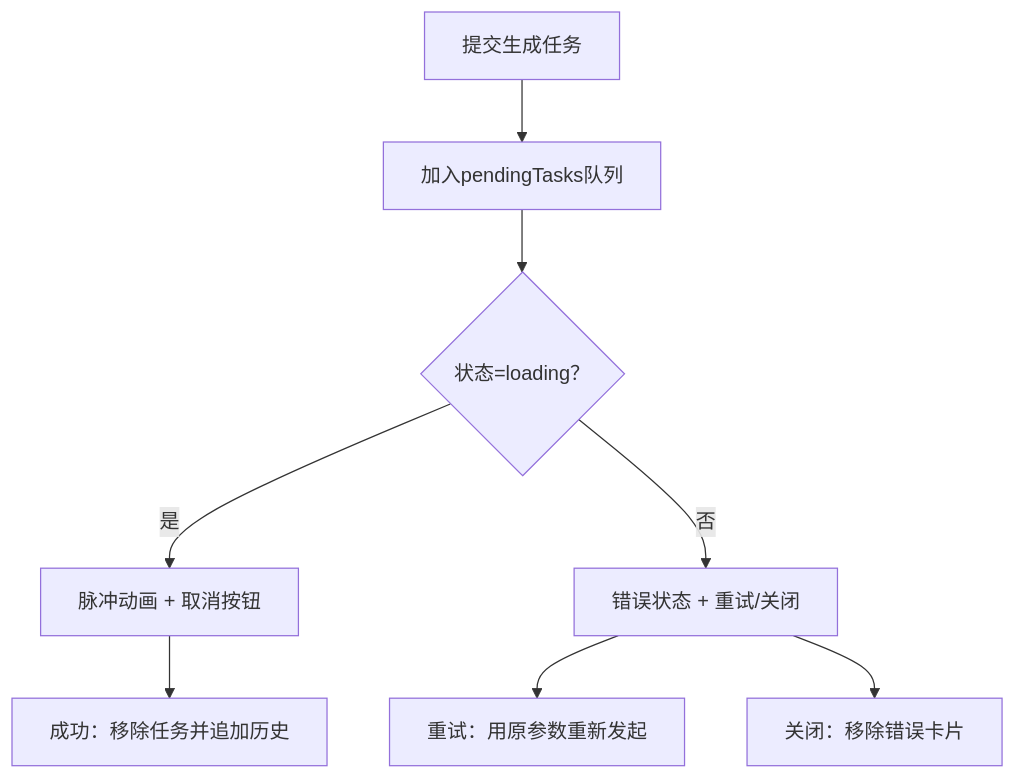
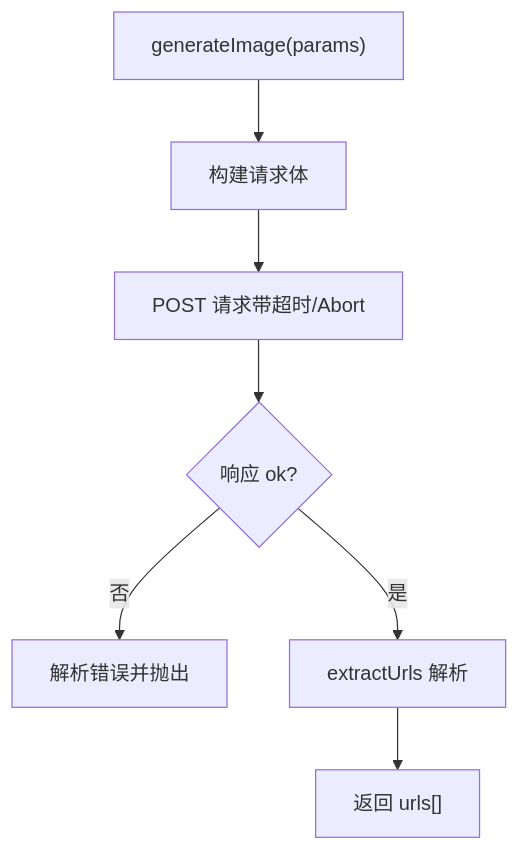
The ninth of 10 diagrams in .qoder/repowiki/zh/content/图像生成功能/图像面板组件.md (billye220670/AIShop), drawn with Mermaid before and after one commit. The commit also changed other lines of this file and 135 other files, not shown here.

````diff
--- a/.qoder/repowiki/zh/content/图像生成功能/图像面板组件.md
+++ b/.qoder/repowiki/zh/content/图像生成功能/图像面板组件.md
@@ -258,10 +364,9 @@
 ```mermaid
 flowchart TD
-Submit["提交生成任务"] --> Queue["加入pendingTasks队列"]
-Queue --> Running{"状态=loading？"}
-Running --> |是| Pulse["脉冲动画 + 取消按钮"]
-Running --> |否| Error["错误状态 + 重试/关闭"]
-Pulse --> Success["成功：移除任务并追加历史"]
-Error --> Retry["重试：用原参数重新发起"]
-Error --> Dismiss["关闭：移除错误卡片"]
+Start["generateImage(params)"] --> Build["构建请求体"]
+Build --> Fetch["POST 请求带超时/Abort"]
+Fetch --> Ok{"响应 ok?"}
+Ok --> |否| Error["解析错误并抛出"]
+Ok --> |是| Parse["extractUrls 解析"]
+Parse --> Return["返回 urls[]"]
 ```
````
